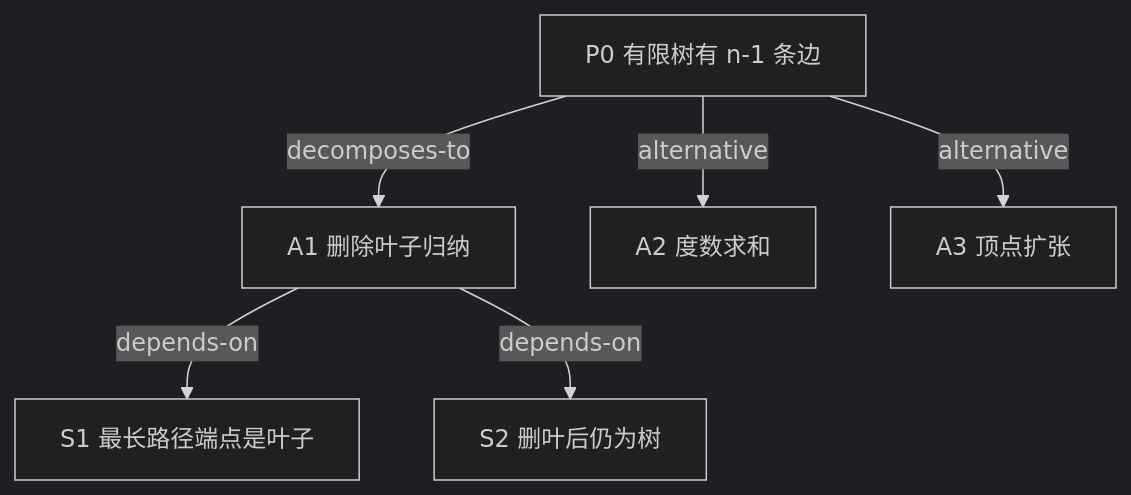
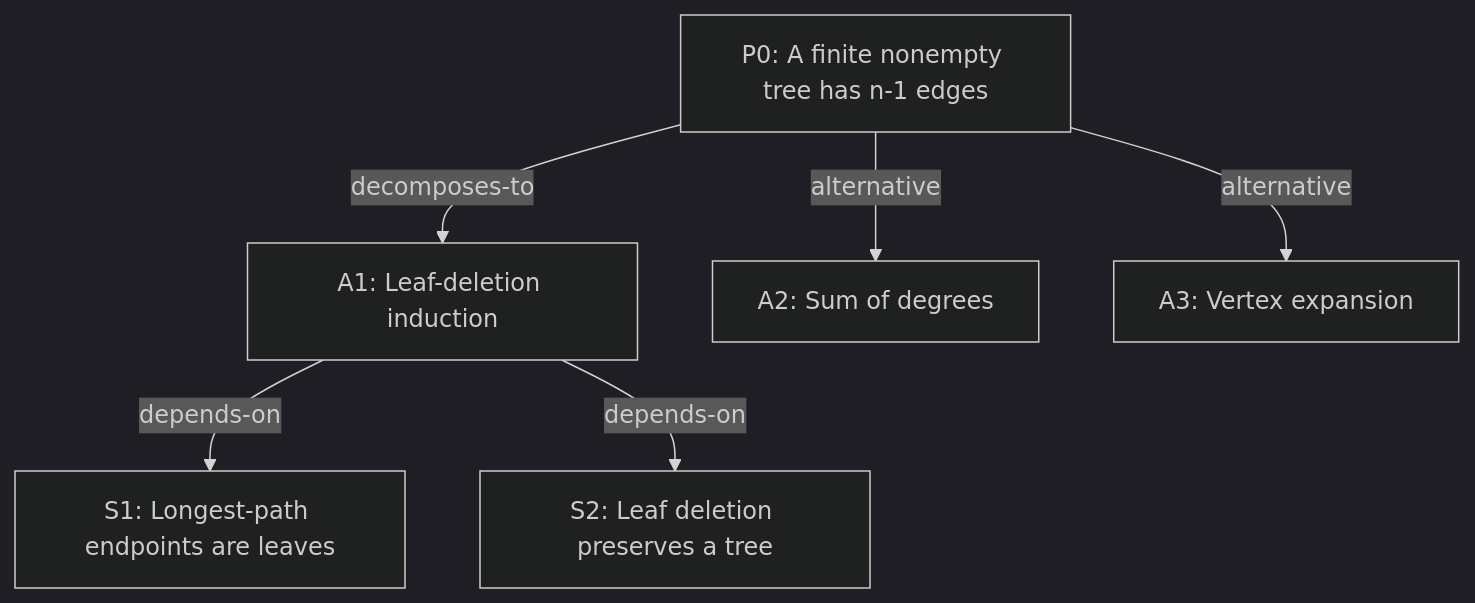
The diagram in examples/tree-edge-count/research-tree.md (coker412/graph-geometry-research-workspace), drawn with Mermaid (dark theme) before and after one commit. The commit also changed other lines of this file and 70 other files, not shown here.

````diff
--- a/examples/tree-edge-count/research-tree.md
+++ b/examples/tree-edge-count/research-tree.md
@@ -3,15 +3,14 @@
 ```mermaid
 flowchart TD
-    P0["P0 有限树有 n-1 条边"]
-    A1["A1 删除叶子归纳"]
-    A2["A2 度数求和"]
-    A3["A3 顶点扩张"]
-    S1["S1 最长路径端点是叶子"]
-    S2["S2 删叶后仍为树"]
-
+    P0["P0: A finite nonempty tree has n-1 edges"]
+    A1["A1: Leaf-deletion induction"]
+    A2["A2: Sum of degrees"]
+    A3["A3: Vertex expansion"]
+    S1["S1: Longest-path endpoints are leaves"]
+    S2["S2: Leaf deletion preserves a tree"]
     P0 -->|decomposes-to| A1
     P0 -->|alternative| A2
     P0 -->|alternative| A3
     A1 -->|depends-on| S1
     A1 -->|depends-on| S2
 ```
````
